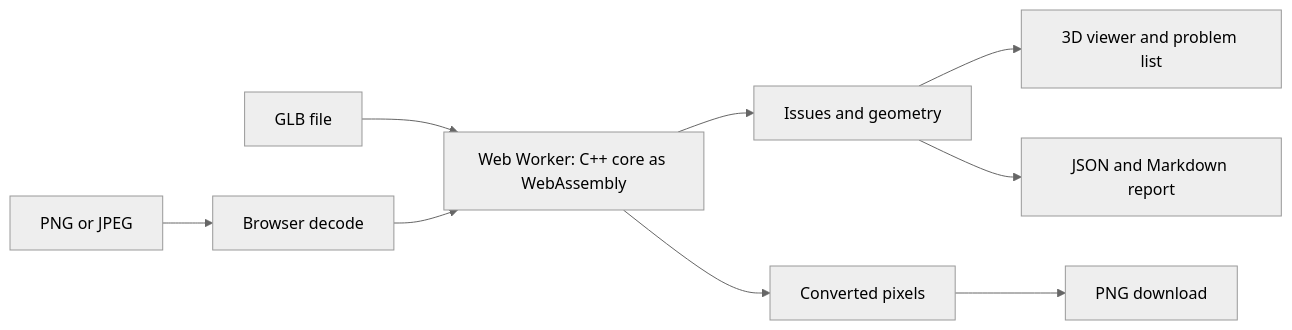
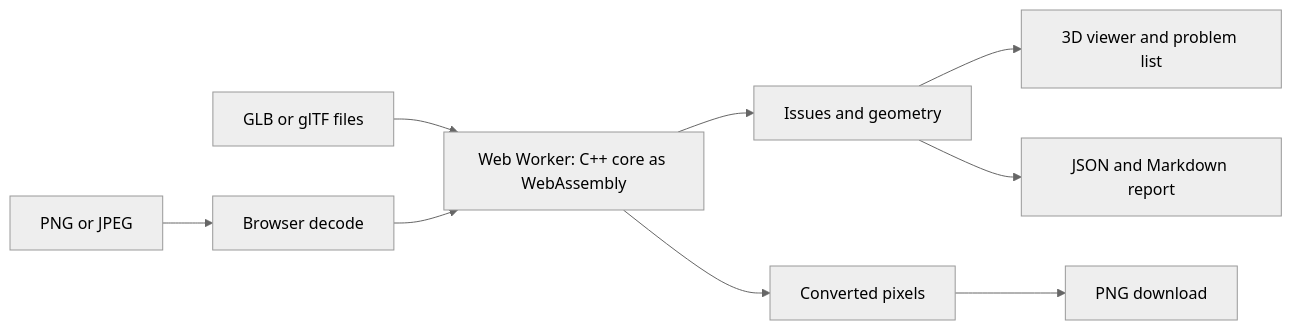
One commit to nokgc333/lint-asset changed the diagram in README.md. Above: the diagram before and after it, drawn with Mermaid (neutral theme). The commit also changed other lines of this file and 21 other files, not shown here.

````diff
--- a/README.md
+++ b/README.md
@@ -145,11 +148,11 @@
 ```mermaid
 flowchart LR
-  G[GLB file] --> W["Web Worker: C++ core as WebAssembly"]
+  G[GLB or glTF files] --> W["Web Worker: C++ core as WebAssembly"]
   W --> I[Issues and geometry]
   I --> V[3D viewer and problem list]
   I --> R[JSON and Markdown report]
   T[PNG or JPEG] --> D[Browser decode]
   D --> W
   W --> C[Converted pixels]
   C --> P[PNG download]
 ```
````
